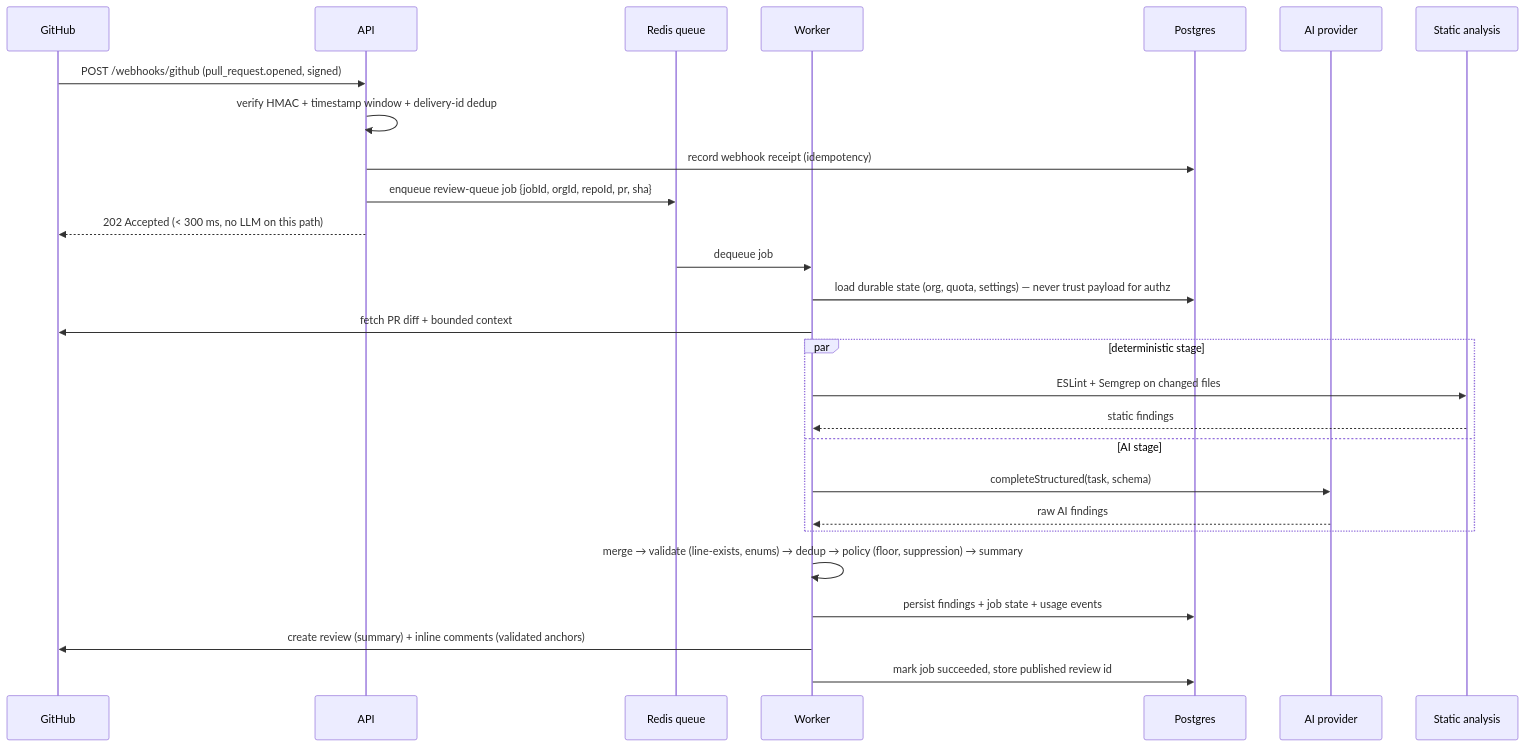
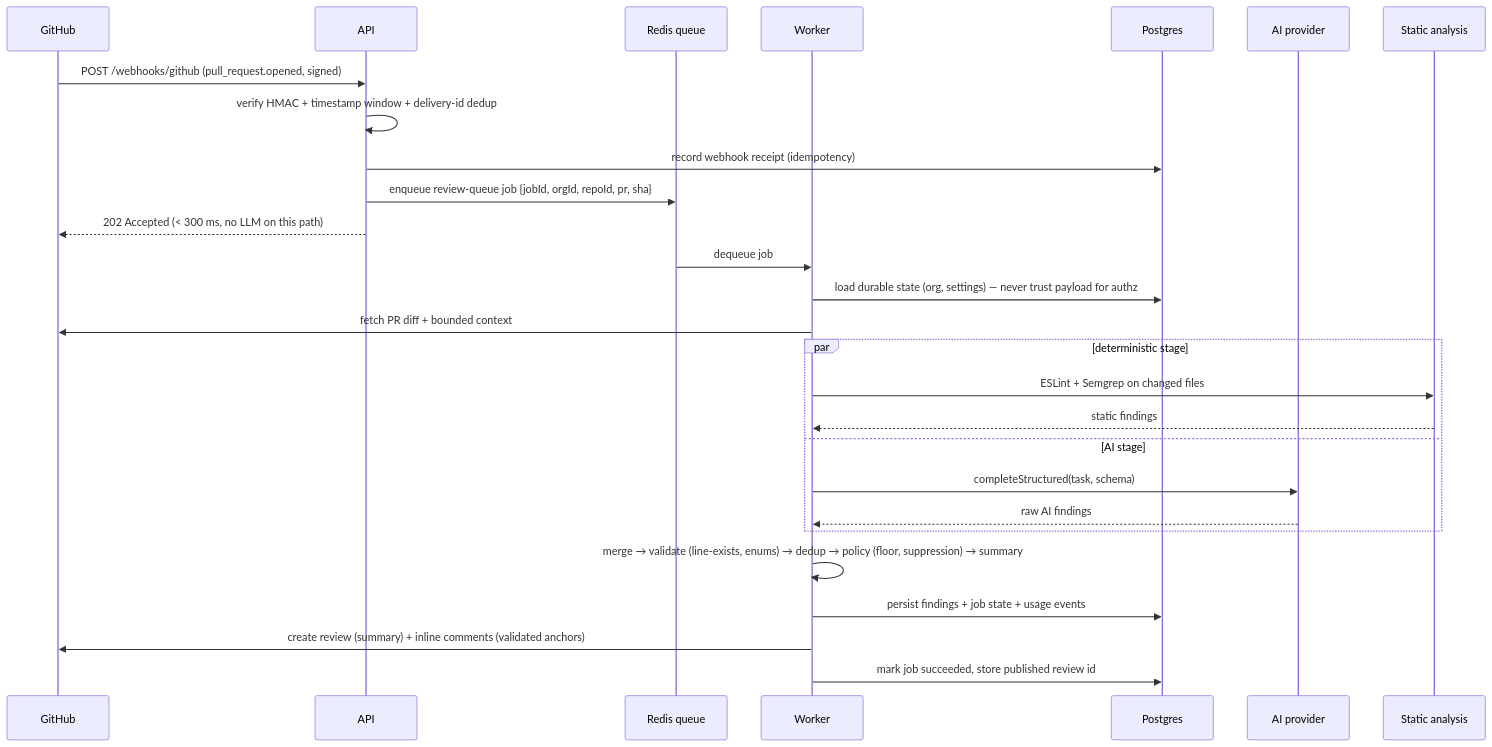
The second of 3 diagrams in docs/TECHNICAL/SYSTEM_ARCHITECTURE.md (soumyachk101/VERCODE), drawn with Mermaid before and after one commit. The commit also changed other lines of this file and 99 other files, not shown here.

````diff
--- a/docs/TECHNICAL/SYSTEM_ARCHITECTURE.md
+++ b/docs/TECHNICAL/SYSTEM_ARCHITECTURE.md
@@ -49,30 +48,30 @@
 ```mermaid
 sequenceDiagram
   participant GH as GitHub
   participant API as API
   participant RD as Redis queue
   participant W as Worker
   participant PG as Postgres
   participant AI as AI provider
   participant ST as Static analysis
 
   GH->>API: POST /webhooks/github (pull_request.opened, signed)
   API->>API: verify HMAC + timestamp window + delivery-id dedup
   API->>PG: record webhook receipt (idempotency)
   API->>RD: enqueue review-queue job {jobId, orgId, repoId, pr, sha}
   API-->>GH: 202 Accepted (< 300 ms, no LLM on this path)
   RD->>W: dequeue job
-  W->>PG: load durable state (org, quota, settings) — never trust payload for authz
+  W->>PG: load durable state (org, settings) — never trust payload for authz
   W->>GH: fetch PR diff + bounded context
   par deterministic stage
     W->>ST: ESLint + Semgrep on changed files
     ST-->>W: static findings
   and AI stage
     W->>AI: completeStructured(task, schema)
     AI-->>W: raw AI findings
   end
   W->>W: merge → validate (line-exists, enums) → dedup → policy (floor, suppression) → summary
   W->>PG: persist findings + job state + usage events
   W->>GH: create review (summary) + inline comments (validated anchors)
   W->>PG: mark job succeeded, store published review id
 ```
````
